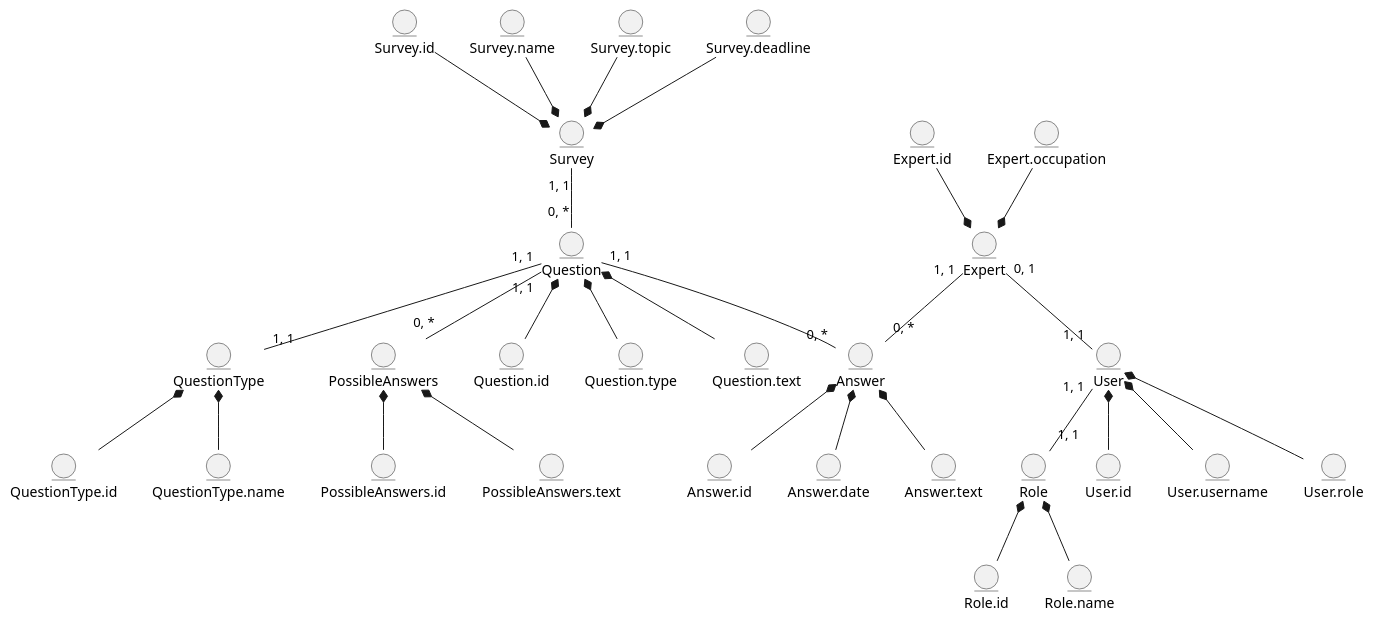
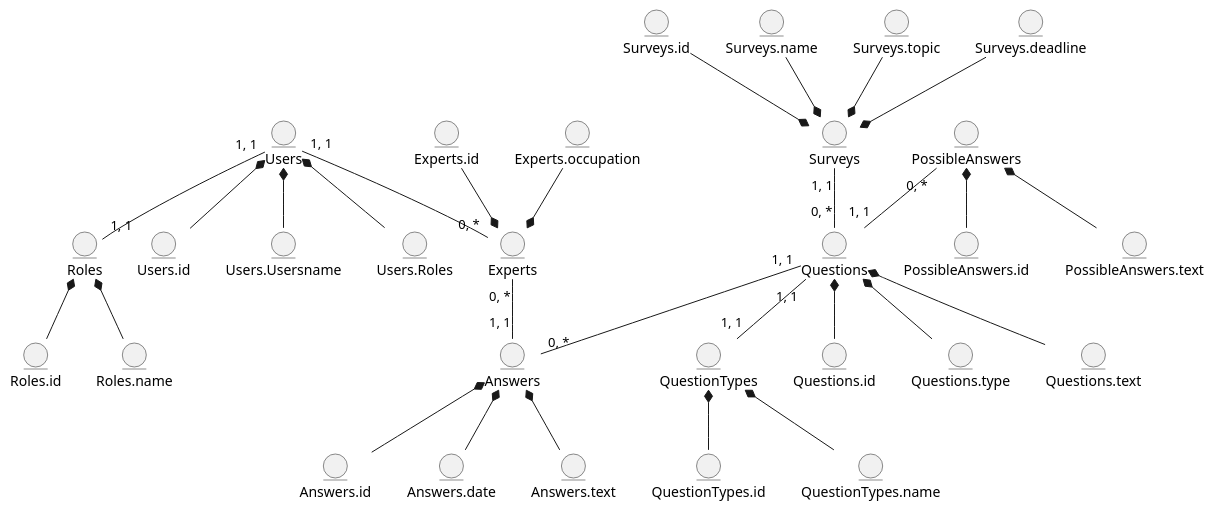
Before and after one commit to anrysliusar/SurvExp: the diagram in src/uml/business-models/BEM.puml, drawn with PlantUML. The commit also changed 1 other file, not shown here.

```diff
--- a/src/uml/business-models/BEM.puml
+++ b/src/uml/business-models/BEM.puml
@@ -1,86 +1,86 @@
 @startuml
   
   '-----Пользователи-----'
   '-Пользователь-'
-  entity User
-  entity User.id
-  entity User.username
-  entity User.role
+  entity Users
+  entity Users.id
+  entity Users.Usersname
+  entity Users.Roles
   '-Эксперт-'
-  entity Expert
-  entity Expert.id
-  entity Expert.occupation
+  entity Experts
+  entity Experts.id
+  entity Experts.occupation
   
   '-----Объекты-----'
   '-Опрос-'
-  entity Survey
-  entity Survey.id
-  entity Survey.name
-  entity Survey.topic
-  entity Survey.deadline
+  entity Surveys
+  entity Surveys.id
+  entity Surveys.name
+  entity Surveys.topic
+  entity Surveys.deadline
   '-Вопрос-'
-  entity Question
-  entity Question.id
-  entity Question.type
-  entity Question.text
+  entity Questions
+  entity Questions.id
+  entity Questions.type
+  entity Questions.text
   '-Ответы на анкеты-'
-  entity Answer
-  entity Answer.id
-  entity Answer.date
-  entity Answer.text
+  entity Answers
+  entity Answers.id
+  entity Answers.date
+  entity Answers.text
   '-Возможные ответы-'
   entity PossibleAnswers
   entity PossibleAnswers.id
   entity PossibleAnswers.text
   '-Типы вопросов-'
-  entity QuestionType
-  entity QuestionType.id
-  entity QuestionType.name
+  entity QuestionTypes
+  entity QuestionTypes.id
+  entity QuestionTypes.name
   '-Роли-'
-  entity Role
-  entity Role.id
-  entity Role.name
+  entity Roles
+  entity Roles.id
+  entity Roles.name
 
   
   '-----Пользователи-----'
   '-Пользователь-'
-  User.id -u-* User
-  User.username -u-* User
-  User.role -u-* User
+  Users.id -u-* Users
+  Users.Usersname -u-* Users
+  Users.Roles -u-* Users
   '-Эксперт-'
-  Expert.id -d-* Expert
-  Expert.occupation -d-* Expert
+  Experts.id -d-* Experts
+  Experts.occupation -d-* Experts
   
   '-----Объекты-----'
   '-Связи-'
-  Question "0, *" -u- "1, 1" Survey
-  User "1, 1" -u- "0, 1" Expert
-  Answer "0, *" -u- "1, 1" Question
-  Answer "0, *" -u- "1, 1" Expert
-  PossibleAnswers "0, *" -u- "1, 1" Question
-  QuestionType "1, 1" -u- "1, 1" Question
-  Role "1, 1" -u- "1, 1" User
+  Questions "0, *" -u- "1, 1" Surveys
+  Answers "0, *" -u- "1, 1" Questions
+  Answers "1, 1" -u- "0, *" Experts
+  Questions "1, 1" -u- "0, *" PossibleAnswers
+  QuestionTypes "1, 1" -u- "1, 1" Questions
+  Roles "1, 1" -u- "1, 1" Users
+  Experts "0, *" -u- "1, 1" Users
   '-Опрос-'
-  Survey.id -d-* Survey
-  Survey.name -d-* Survey
-  Survey.topic -d-* Survey
-  Survey.deadline -d-* Survey
+  Surveys.id -d-* Surveys
+  Surveys.name -d-* Surveys
+  Surveys.topic -d-* Surveys
+  Surveys.deadline -d-* Surveys
   '-Вопрос-'
-  Question.id -u-* Question
-  Question.type -u-* Question
-  Question.text -u-* Question
+  Questions.id -u-* Questions
+  Questions.type -u-* Questions
+  Questions.text -u-* Questions
   '-Ответы на анкеты-'
-  Answer.id -u-* Answer
-  Answer.date -u-* Answer
-  Answer.text -u-* Answer
+  Answers.id -u-* Answers
+  Answers.date -u-* Answers
+  Answers.text -u-* Answers
   '-Возможные ответы-'
   PossibleAnswers.id -u-* PossibleAnswers
   PossibleAnswers.text -u-* PossibleAnswers
   '-Типы вопросов-'
-  QuestionType.id -u-* QuestionType
-  QuestionType.name -u-* QuestionType
+  QuestionTypes.id -u-* QuestionTypes
+  QuestionTypes.name -u-* QuestionTypes
   '-Роли-'
-  Role.id -u-* Role
-  Role.name -u-* Role
+  Roles.id -u-* Roles
+  Roles.name -u-* Roles
 
 @enduml
```
